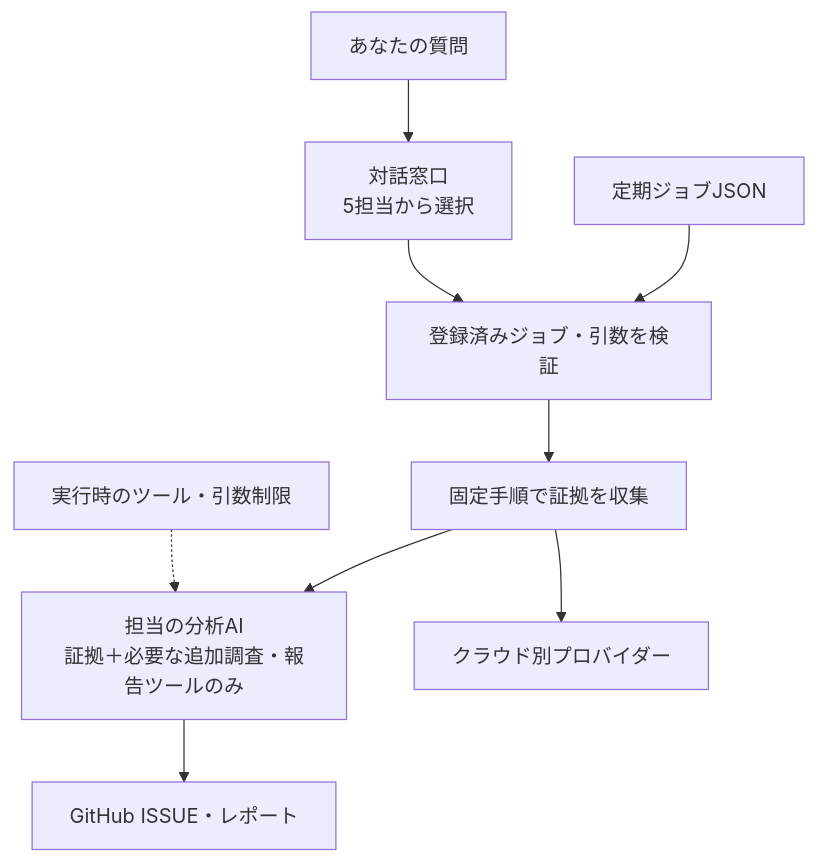
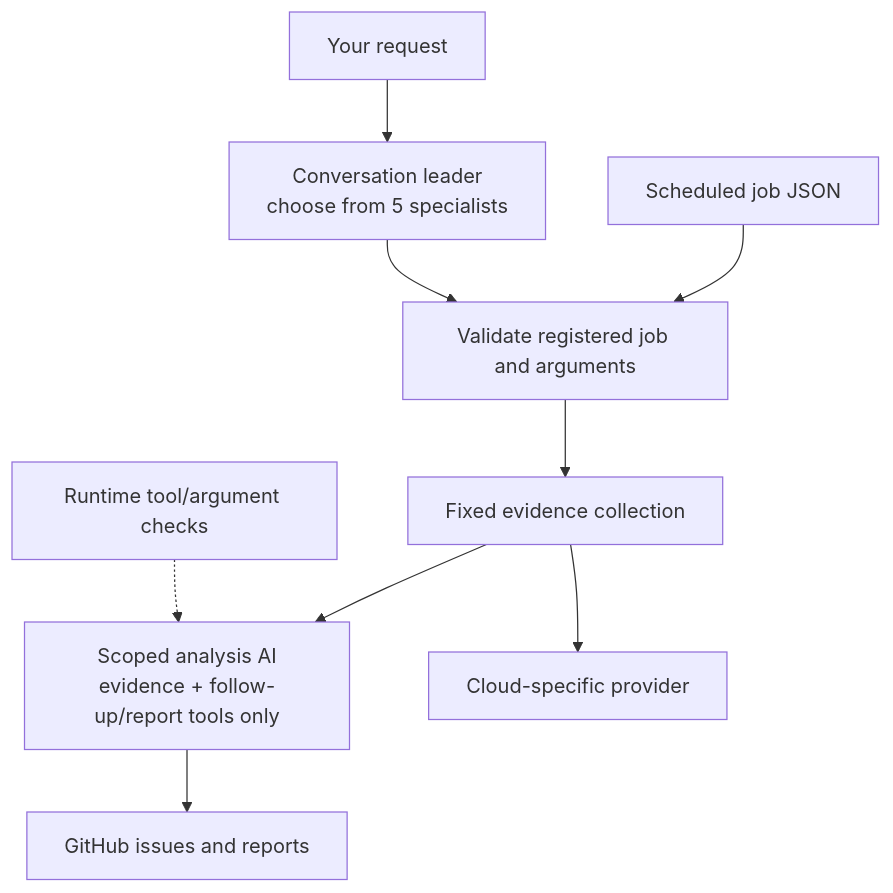
One commit to atsuki-sakai/cloud-ops-team changed the diagram in README.md. Above: the diagram before and after it, drawn with Mermaid. The commit also changed other lines of this file and 7 other files, not shown here.

````diff
--- a/README.md
+++ b/README.md
@@ -201,11 +166,11 @@
 ```mermaid
 flowchart TB
-    SCH["定期ジョブJSON"] --> R["登録済みジョブ・引数を検証"]
-    Q["あなたの質問"] --> L["対話窓口<br/>5担当から選択"]
+    SCH["Scheduled job JSON"] --> R["Validate registered job and arguments"]
+    Q["Your request"] --> L["Conversation leader<br/>choose from 5 specialists"]
     L --> R
-    R --> C["固定手順で証拠を収集"]
-    C --> A["担当の分析AI<br/>証拠＋必要な追加調査・報告ツールのみ"]
-    C --> P["クラウド別プロバイダー"]
-    A --> G["GitHub ISSUE・レポート"]
-    S["実行時のツール・引数制限"] -.-> A
+    R --> C["Fixed evidence collection"]
+    C --> A["Scoped analysis AI<br/>evidence + follow-up/report tools only"]
+    C --> P["Cloud-specific provider"]
+    A --> G["GitHub issues and reports"]
+    S["Runtime tool/argument checks"] -.-> A
 ```
````
